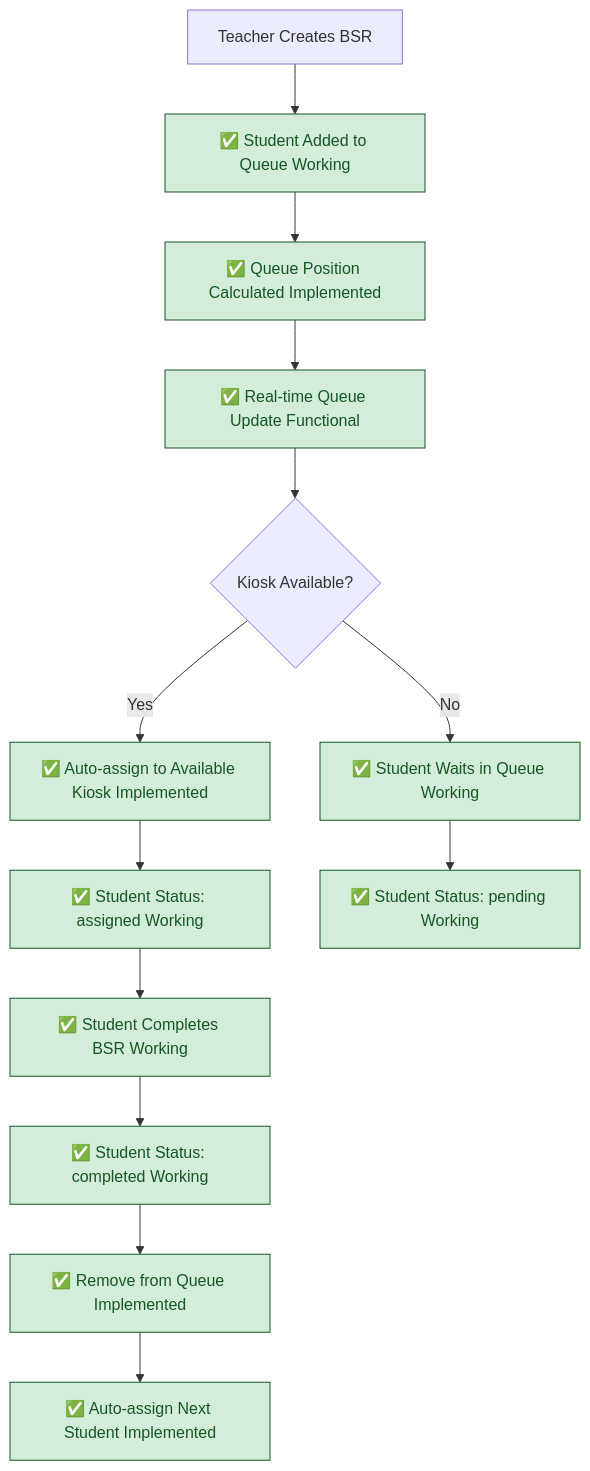
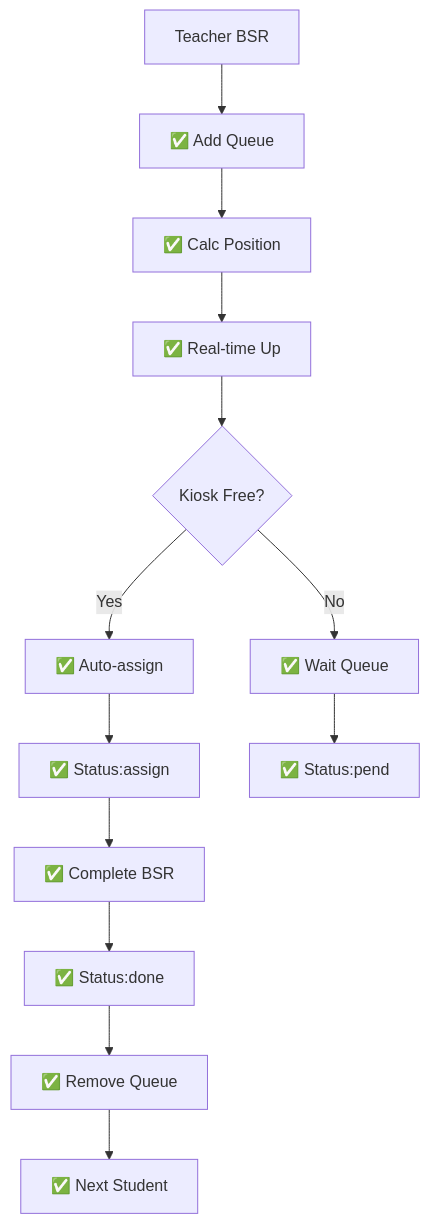
The first of 6 diagrams in docs/flowcharts/Current-State/07-current-queue-management.md (Splurfa/bx-os), drawn with Mermaid before and after one commit. The commit also changed other lines of this file and 6 other files, not shown here.

Commit message:
Fix Mermaid text cutoff with basic syntax

````diff
--- a/docs/flowcharts/Current-State/07-current-queue-management.md
+++ b/docs/flowcharts/Current-State/07-current-queue-management.md
@@ -9,22 +9,18 @@
 ```mermaid
 flowchart TD
-    A["`Teacher Creates BSR`"] --> B["`✅ Student Added to Queue Working`"]
-    B --> C["`✅ Queue Position Calculated Implemented`"]
-    C --> D["`✅ Real-time Queue Update Functional`"]
+    A[Teacher BSR] --> B[✅ Add Queue]
+    B --> C[✅ Calc Position]
+    C --> D[✅ Real-time Up]
     
-    D --> E{"`Kiosk Available?`"}
-    E -->|Yes| F["`✅ Auto-assign to Available Kiosk Implemented`"]
-    E -->|No| G["`✅ Student Waits in Queue Working`"]
+    D --> E{Kiosk Free?}
+    E -->|Yes| F[✅ Auto-assign]
+    E -->|No| G[✅ Wait Queue]
     
-    F --> H["`✅ Student Status: assigned Working`"]
-    G --> I["`✅ Student Status: pending Working`"]
+    F --> H[✅ Status:assign]
+    G --> I[✅ Status:pend]
     
-    H --> J["`✅ Student Completes BSR Working`"]
-    J --> K["`✅ Student Status: completed Working`"]
-    K --> L["`✅ Remove from Queue Implemented`"]
-    L --> M["`✅ Auto-assign Next Student Implemented`"]
-    
-    classDef working fill:#d4edda,stroke:#155724,color:#155724
-    
-    class B,C,D,F,G,H,I,J,K,L,M working
+    H --> J[✅ Complete BSR]
+    J --> K[✅ Status:done]
+    K --> L[✅ Remove Queue]
+    L --> M[✅ Next Student]
 ```
````
